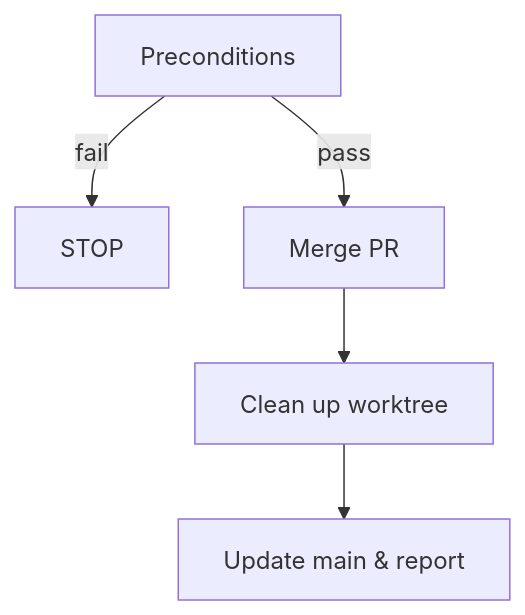
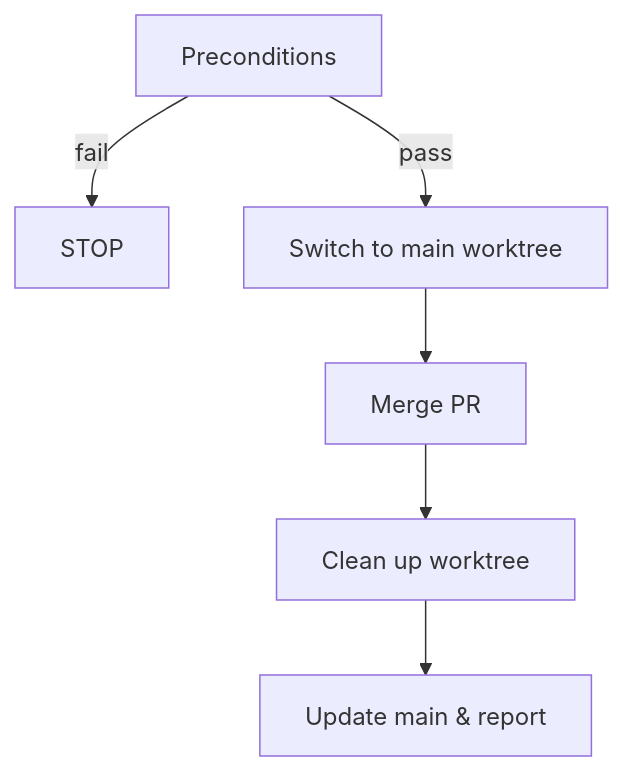
One commit to salimhamed/claude-code-flow changed the diagram in skills/wt-merge/SKILL.md. Above: the diagram before and after it, drawn with Mermaid. The commit also changed other lines of this file and 2 other files, not shown here.

Commit message:
Fix wt-merge CWD and --delete-branch failures in worktree setups (#8)

````diff
--- a/skills/wt-merge/SKILL.md
+++ b/skills/wt-merge/SKILL.md
@@ -30,7 +30,8 @@
 ```mermaid
 flowchart TD
     A[Preconditions] -- fail --> STOP
-    A -- pass --> B[Merge PR]
-    B --> C[Clean up worktree]
-    C --> D[Update main & report]
+    A -- pass --> B[Switch to main worktree]
+    B --> C[Merge PR]
+    C --> D[Clean up worktree]
+    D --> E[Update main & report]
 ```
````
